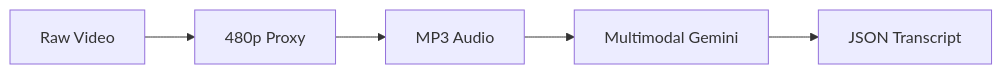
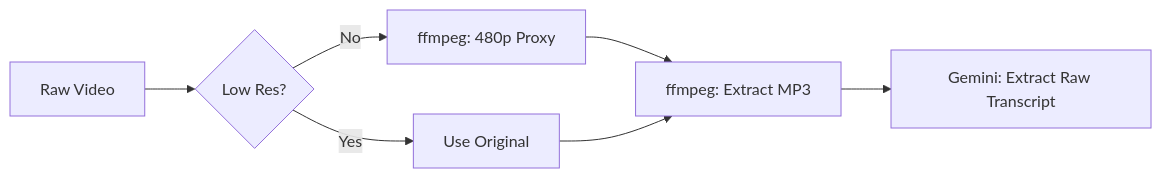
Before and after one commit to navidshad/vgtu-video-summarization: the second of 6 diagrams in docs/architecture.md, drawn with Mermaid. The commit also changed other lines of this file, not shown here.

Commit message:
docs: Introduce a new 'Context Enrichment' phase, renumber pipeline stages, and update detailed descriptions and diagrams for each phase.

````diff
--- a/docs/architecture.md
+++ b/docs/architecture.md
@@ -28,7 +31,9 @@
 ```mermaid
 graph LR
-    Video[Raw Video] --> Target[480p Proxy]
-    Target --> Audio[MP3 Audio]
-    Audio --> Gemini[Multimodal Gemini]
-    Gemini --> Transcript[JSON Transcript]
+    Video[Raw Video] --> Check{Low Res?}
+    Check -- No --> Downscale[ffmpeg: 480p Proxy]
+    Check -- Yes --> Proxy[Use Original]
+    Downscale --> Audio[ffmpeg: Extract MP3]
+    Proxy --> Audio
+    Audio --> Raw[Gemini: Extract Raw Transcript]
 ```
````
